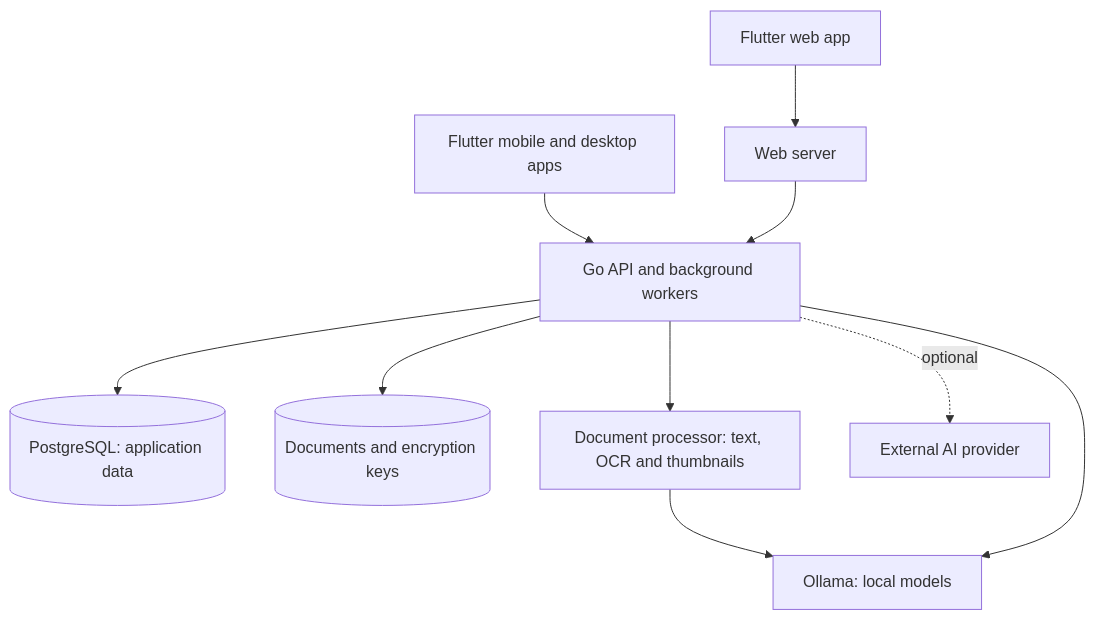
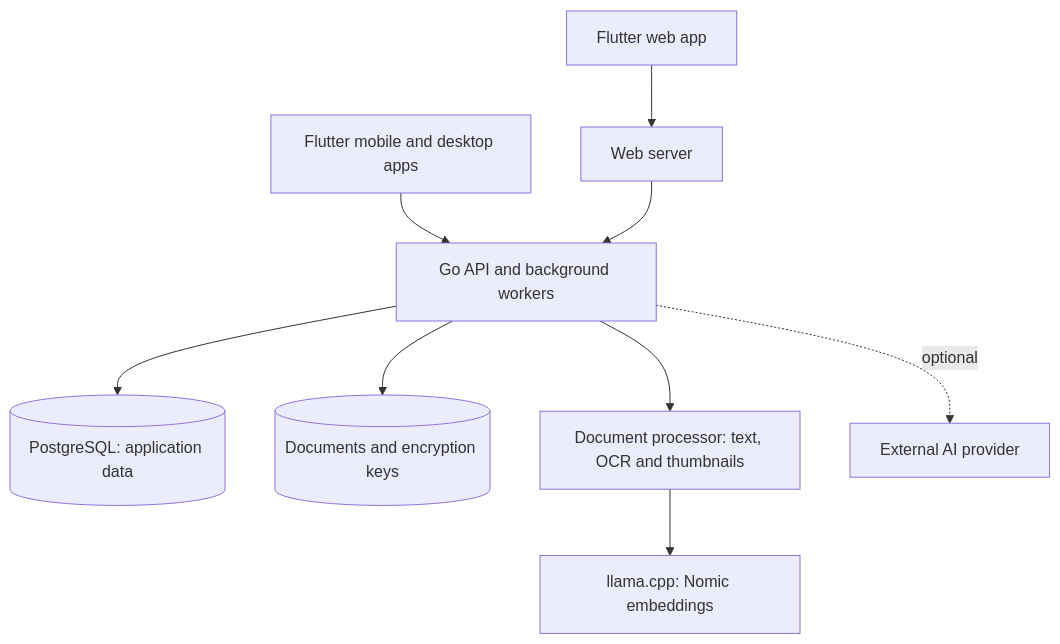
The diagram in readme.md (saschTa/domabas), drawn with Mermaid before and after one commit. The commit also changed other lines of this file and 281 other files, not shown here.

Commit message:
Replace Ollama with llama.cpp for local embeddings

````diff
--- a/readme.md
+++ b/readme.md
@@ -204,12 +172,11 @@
 ```mermaid
 flowchart TD
   Browser[Flutter web app] --> Web[Web server]
   Native[Flutter mobile and desktop apps] --> Backend[Go API and background workers]
   Web --> Backend
   Backend --> Postgres[(PostgreSQL: application data)]
   Backend --> Files[(Documents and encryption keys)]
   Backend --> Processor[Document processor: text, OCR and thumbnails]
-  Processor --> Ollama[Ollama: local models]
-  Backend --> Ollama
+  Processor --> Embeddings[llama.cpp: Nomic embeddings]
   Backend -. optional .-> External[External AI provider]
 ```
````
